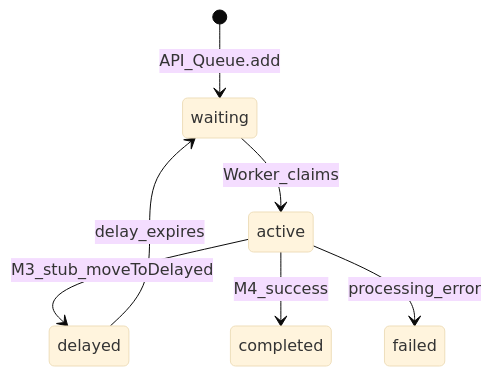
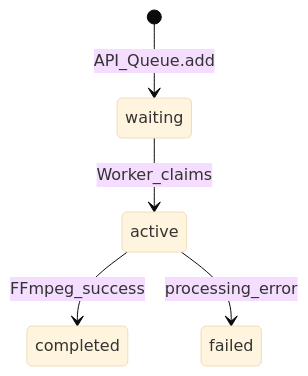
Before and after one commit to Shivanshsri15/VideoProcessing: the tenth of 12 diagrams in README.md, drawn with Mermaid (base theme). The commit also changed other lines of this file and 18 other files, not shown here.

````diff
--- a/README.md
+++ b/README.md
@@ -564,9 +579,7 @@
 ```mermaid
 stateDiagram-v2
   [*] --> waiting: API_Queue.add
   waiting --> active: Worker_claims
-  active --> delayed: M3_stub_moveToDelayed
-  active --> completed: M4_success
+  active --> completed: FFmpeg_success
   active --> failed: processing_error
-  delayed --> waiting: delay_expires
 ```
````
